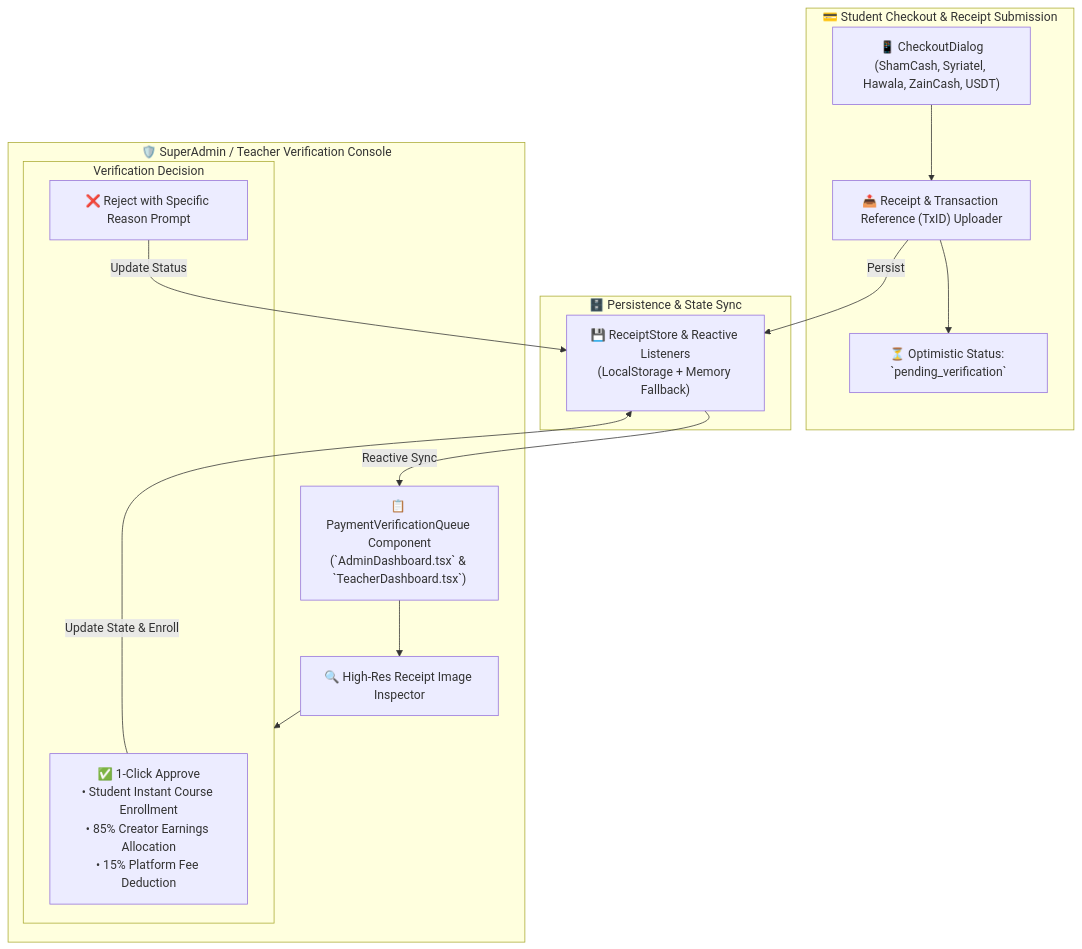
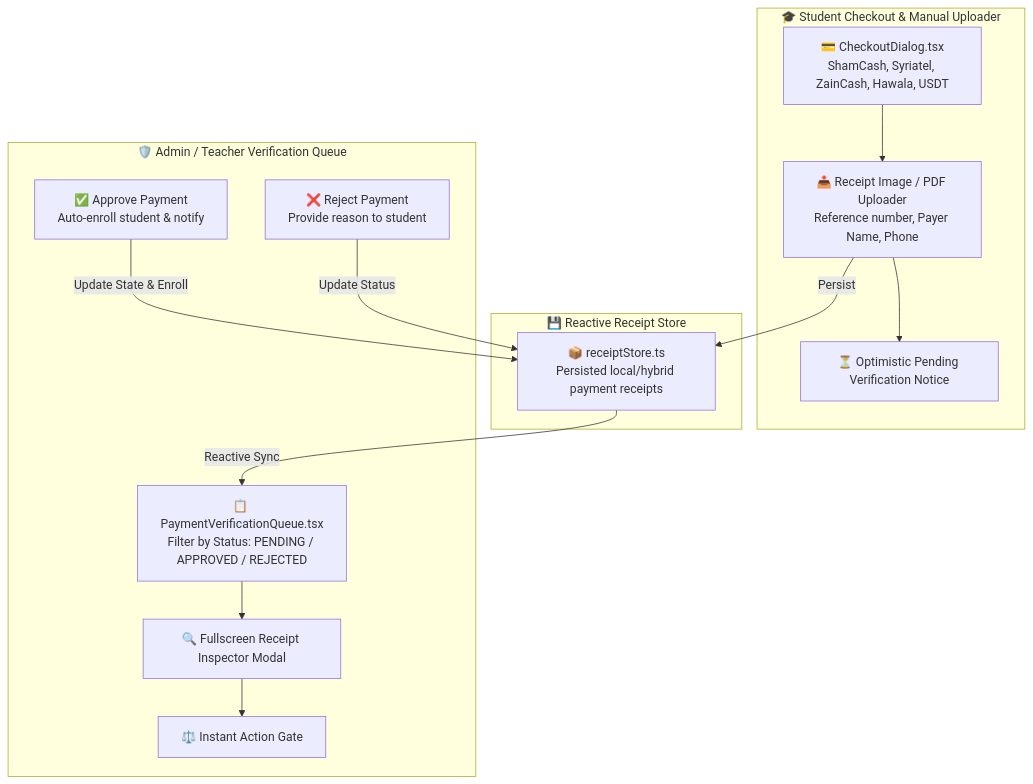
One commit to ta3allam/ta3 changed the fourth of 7 diagrams in arch.md. Above: the diagram before and after it, drawn with Mermaid. The commit also changed other lines of this file and 3 other files, not shown here.

Commit message:
docs(all): synchronize architecture, ERD, component catalog, and README for Day 7 release

````diff
--- a/arch.md
+++ b/arch.md
@@ -181,31 +139,29 @@
 ```mermaid
 graph TD
-    subgraph StudentCheckout [" 💳 Student Checkout & Receipt Submission "]
-        CheckoutDialog["📱 CheckoutDialog<br/>(ShamCash, Syriatel, Hawala, ZainCash, USDT)"]
-        ReceiptUpload["📤 Receipt & Transaction Reference (TxID) Uploader"]
-        OptimisticNotice["⏳ Optimistic Status: `pending_verification`"]
+    subgraph StudentFlow [" 🎓 Student Checkout & Manual Uploader "]
+        CheckoutDialog["💳 CheckoutDialog.tsx<br/>ShamCash, Syriatel, ZainCash, Hawala, USDT"]
+        ReceiptUpload["📤 Receipt Image / PDF Uploader<br/>Reference number, Payer Name, Phone"]
+        OptimisticNotice["⏳ Optimistic Pending Verification Notice"]
     end
 
-    subgraph CoreStore [" 🗄️ Persistence & State Sync "]
-        ReceiptStore["💾 ReceiptStore & Reactive Listeners<br/>(LocalStorage + Memory Fallback)"]
+    subgraph StoreLayer [" 💾 Reactive Receipt Store "]
+        ReceiptStore["📦 receiptStore.ts<br/>Persisted local/hybrid payment receipts"]
     end
 
-    subgraph AdminQueue [" 🛡️ SuperAdmin / Teacher Verification Console "]
-        QueueUI["📋 PaymentVerificationQueue Component<br/>(`AdminDashboard.tsx` & `TeacherDashboard.tsx`)"]
-        Inspector["🔍 High-Res Receipt Image Inspector"]
-        
-        subgraph Decision [" Verification Decision "]
-            ApproveAction["✅ 1-Click Approve<br/>• Student Instant Course Enrollment<br/>• 85% Creator Earnings Allocation<br/>• 15% Platform Fee Deduction"]
-            RejectAction["❌ Reject with Specific Reason Prompt"]
-        end
+    subgraph AdminTeacherFlow [" 🛡️ Admin / Teacher Verification Queue "]
+        QueueUI["📋 PaymentVerificationQueue.tsx<br/>Filter by Status: PENDING / APPROVED / REJECTED"]
+        Inspector["🔍 Fullscreen Receipt Inspector Modal"]
+        Decision["⚖️ Instant Action Gate"]
+        ApproveAction["✅ Approve Payment<br/>Auto-enroll student & notify"]
+        RejectAction["❌ Reject Payment<br/>Provide reason to student"]
     end
 
     CheckoutDialog --> ReceiptUpload
     ReceiptUpload --> OptimisticNotice
     ReceiptUpload -->|Persist| ReceiptStore
     ReceiptStore -->|Reactive Sync| QueueUI
     QueueUI --> Inspector
     Inspector --> Decision
     ApproveAction -->|Update State & Enroll| ReceiptStore
     RejectAction -->|Update Status| ReceiptStore
 ```
````
